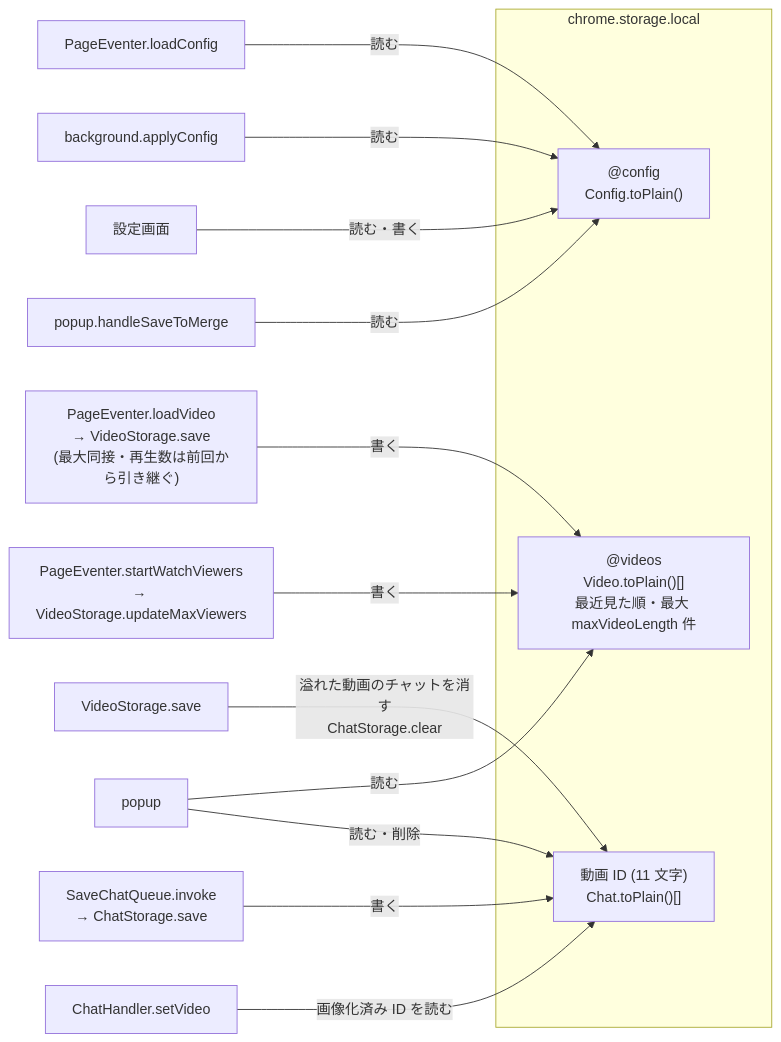
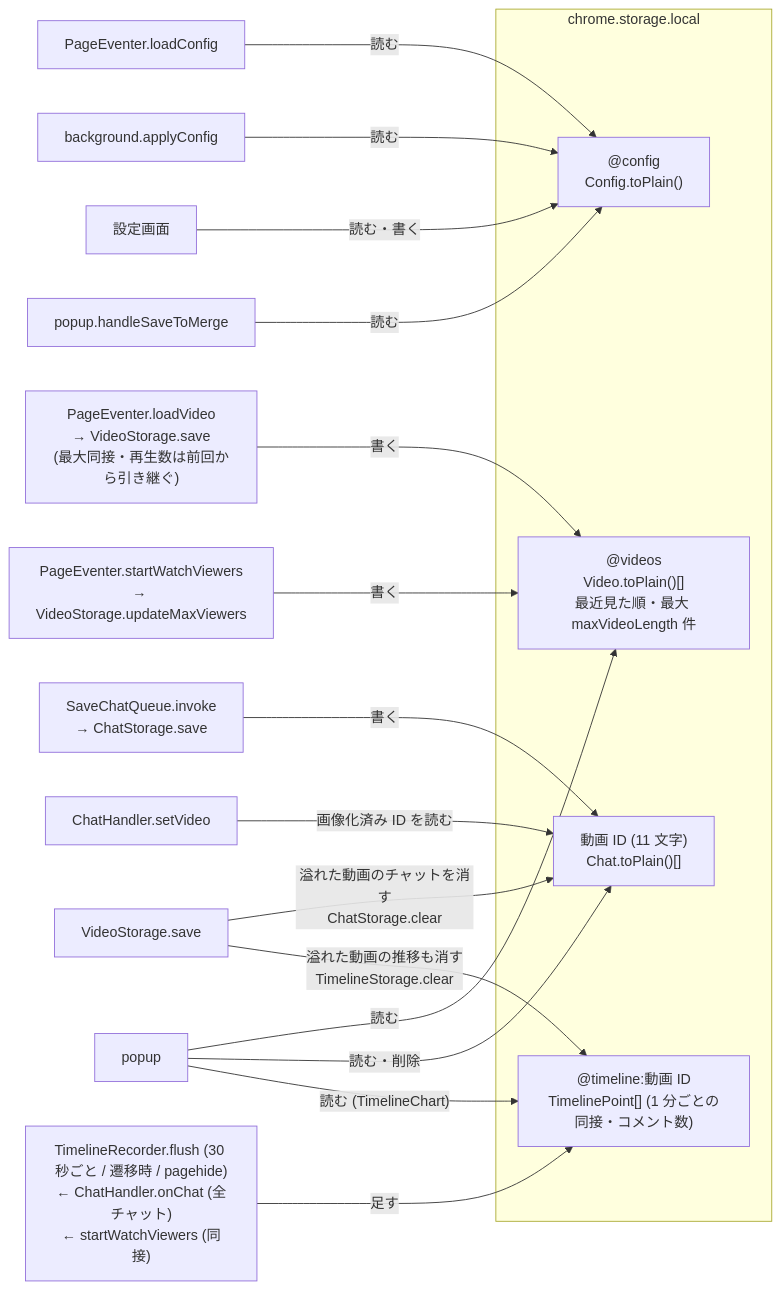
Before and after one commit to mbs-code/youtube_chat_recorder: diagram 13 of 14 in ARCHITECTURE.md, drawn with Mermaid. The commit also changed other lines of this file and 13 other files, not shown here.

````diff
--- a/ARCHITECTURE.md
+++ b/ARCHITECTURE.md
@@ -416,22 +416,27 @@
 ```mermaid
 flowchart LR
   subgraph S["chrome.storage.local"]
     K1["@config<br/>Config.toPlain()"]
     K2["@videos<br/>Video.toPlain()[]<br/>最近見た順・最大 maxVideoLength 件"]
     K3["動画 ID (11 文字)<br/>Chat.toPlain()[]"]
+    K4["@timeline:動画 ID<br/>TimelinePoint[] (1 分ごとの同接・コメント数)"]
   end
 
   PE["PageEventer.loadConfig"] -- "読む" --> K1
   BGA["background.applyConfig"] -- "読む" --> K1
   OPT["設定画面"] -- "読む・書く" --> K1
   POPS["popup.handleSaveToMerge"] -- "読む" --> K1
 
   LV["PageEventer.loadVideo<br/>→ VideoStorage.save<br/>(最大同接・再生数は前回から引き継ぐ)"] -- "書く" --> K2
   WV["PageEventer.startWatchViewers<br/>→ VideoStorage.updateMaxViewers"] -- "書く" --> K2
   VSS["VideoStorage.save"] -- "溢れた動画のチャットを消す<br/>ChatStorage.clear" --> K3
   POP["popup"] -- "読む" --> K2
 
   SQ["SaveChatQueue.invoke<br/>→ ChatStorage.save"] -- "書く" --> K3
   CH["ChatHandler.setVideo"] -- "画像化済み ID を読む" --> K3
   POP -- "読む・削除" --> K3
+
+  TR["TimelineRecorder.flush (30 秒ごと / 遷移時 / pagehide)<br/>← ChatHandler.onChat (全チャット)<br/>← startWatchViewers (同接)"] -- "足す" --> K4
+  VSS -- "溢れた動画の推移も消す<br/>TimelineStorage.clear" --> K4
+  POP -- "読む (TimelineChart)" --> K4
 ```
````
